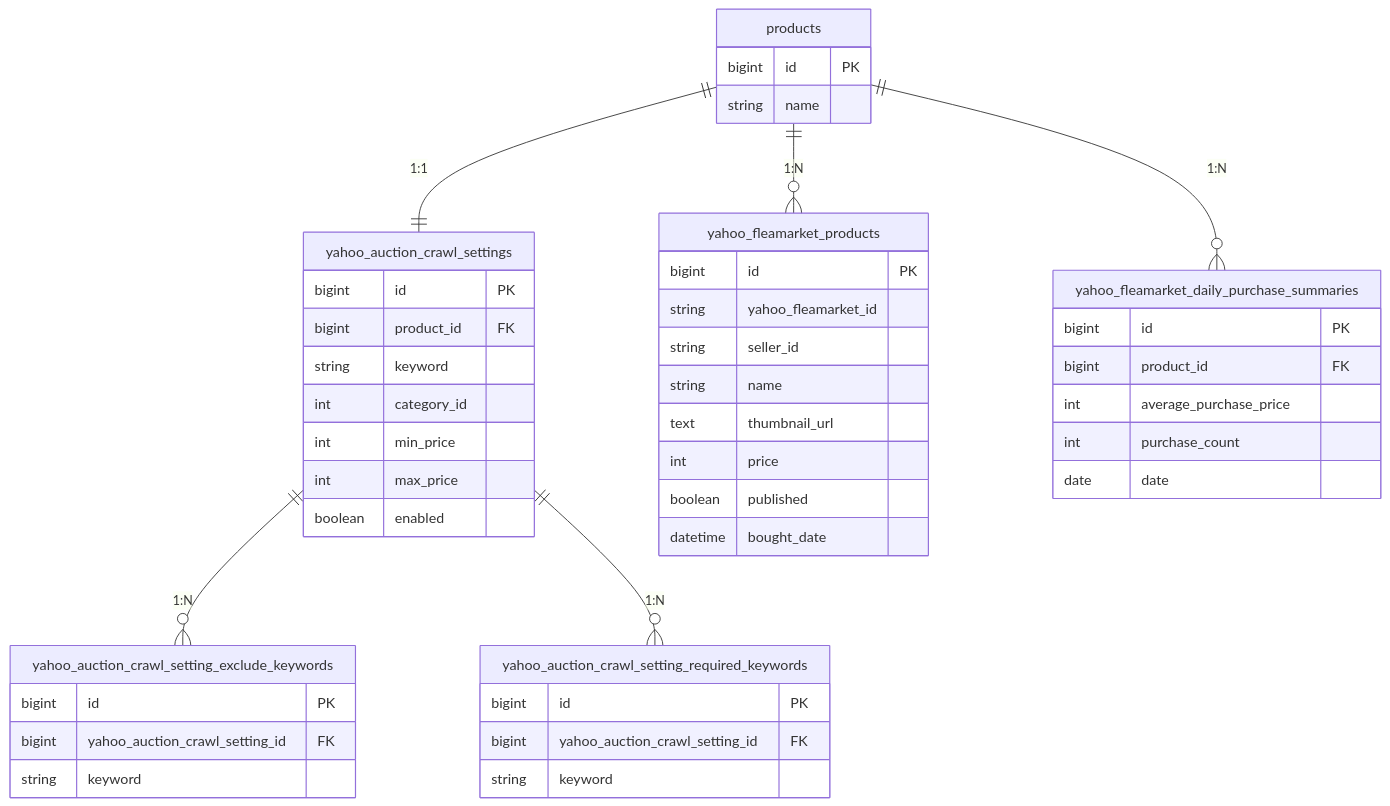
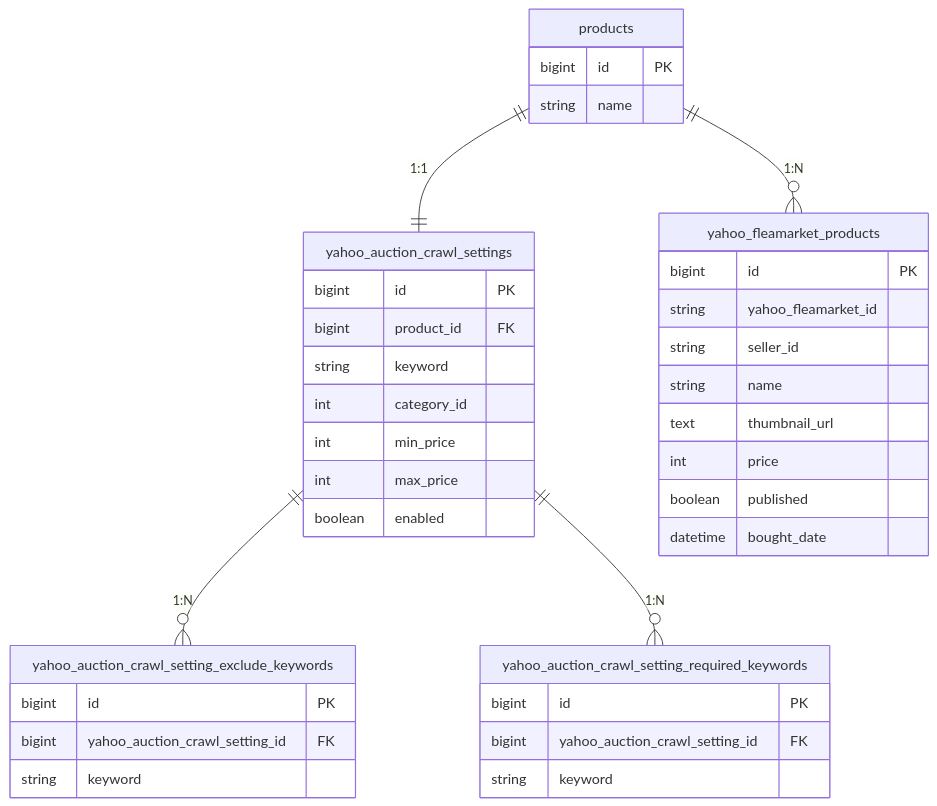
Before and after one commit to kuroweb/price-monitoring: the third of 9 diagrams in README.md, drawn with Mermaid. The commit also changed other lines of this file, not shown here.

````diff
--- a/README.md
+++ b/README.md
@@ -133,49 +127,42 @@
 ```mermaid
 erDiagram
   products {
     bigint id PK
     string name
   }
   yahoo_auction_crawl_settings {
     bigint id PK
     bigint product_id FK
     string keyword
     int category_id
     int min_price
     int max_price
     boolean enabled
   }
   yahoo_auction_crawl_setting_exclude_keywords {
     bigint id PK
     bigint yahoo_auction_crawl_setting_id FK
     string keyword
   }
   yahoo_auction_crawl_setting_required_keywords {
     bigint id PK
     bigint yahoo_auction_crawl_setting_id FK
     string keyword
   }
   yahoo_fleamarket_products {
     bigint id PK
     string yahoo_fleamarket_id
     string seller_id
     string name
     text thumbnail_url
     int price
     boolean published
     datetime bought_date
   }
-  yahoo_fleamarket_daily_purchase_summaries {
-    bigint id PK
-    bigint product_id FK
-    int average_purchase_price
-    int purchase_count
-    date date
-  }
 
   products ||--|| yahoo_auction_crawl_settings : "1:1"
   yahoo_auction_crawl_settings ||--o{ yahoo_auction_crawl_setting_exclude_keywords : "1:N"
   yahoo_auction_crawl_settings ||--o{ yahoo_auction_crawl_setting_required_keywords : "1:N"
   products ||--o{ yahoo_fleamarket_products : "1:N"
-  products ||--o{ yahoo_fleamarket_daily_purchase_summaries : "1:N"
+
 ```
````
